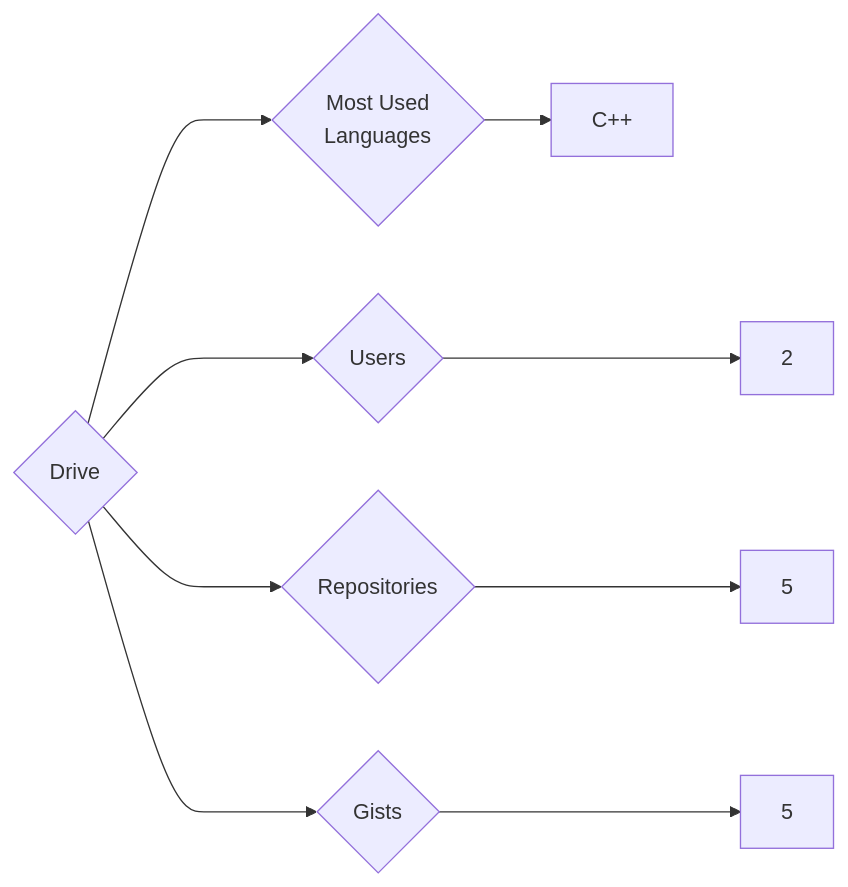
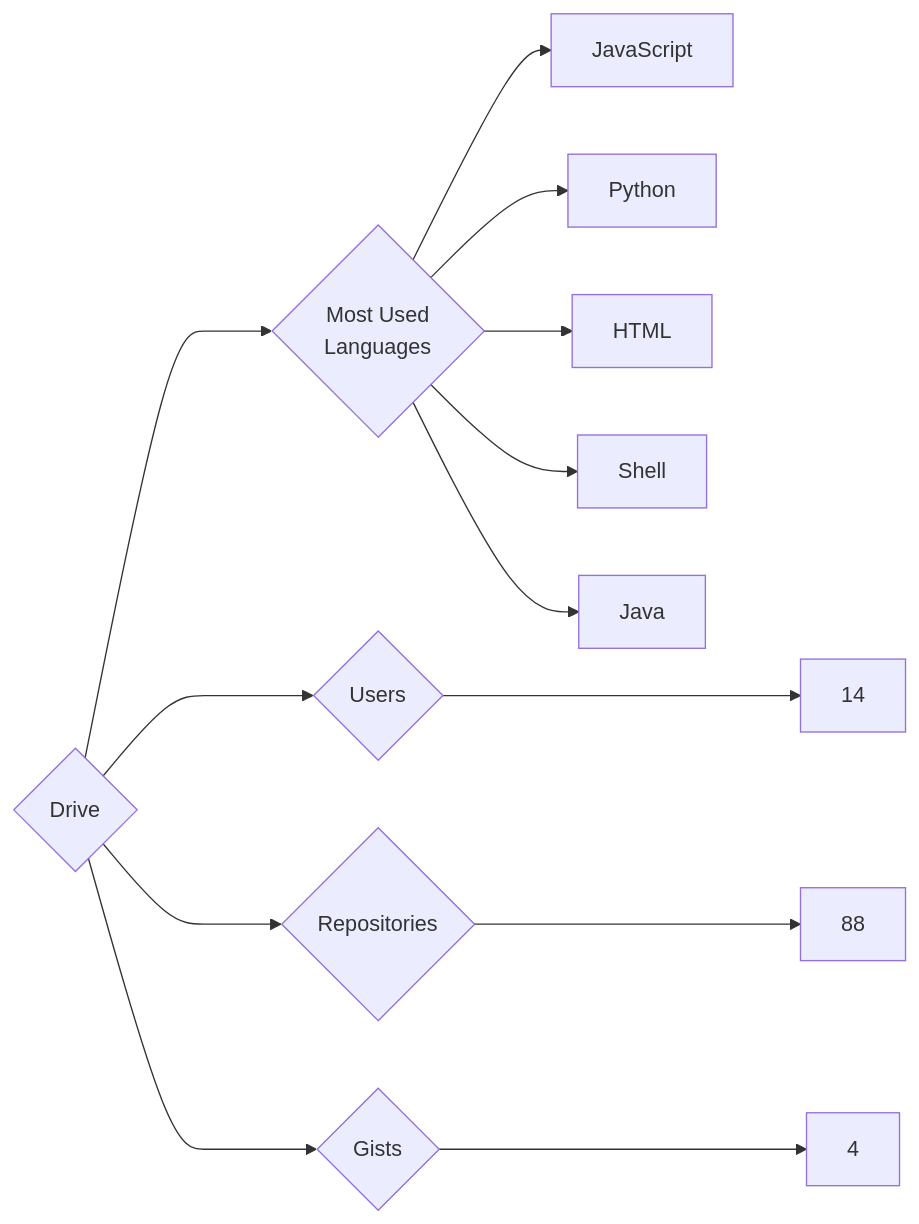
One commit to trickest/insiders changed the diagram in targets/Drive/README.md. Above: the diagram before and after it, drawn with Mermaid. The commit also changed 682 other files, not shown here.

````diff
--- a/targets/Drive/README.md
+++ b/targets/Drive/README.md
@@ -3,9 +3,13 @@
 ```mermaid
 graph LR
 COMPANY_NAME{Drive}
-COMPANY_NAME ---> U{Users} ---> UN[2]
-COMPANY_NAME ---> R{Repositories} ---> RN[5]
-COMPANY_NAME ---> G{Gists} ---> GN[5]
+COMPANY_NAME ---> U{Users} ---> UN[14]
+COMPANY_NAME ---> R{Repositories} ---> RN[88]
+COMPANY_NAME ---> G{Gists} ---> GN[4]
 COMPANY_NAME ---> ML{Most Used<br>Languages}
-ML --> C++[C++]
+ML --> JavaScript[JavaScript]
+ML --> Python[Python]
+ML --> HTML[HTML]
+ML --> Shell[Shell]
+ML --> Java[Java]
 ```
````
